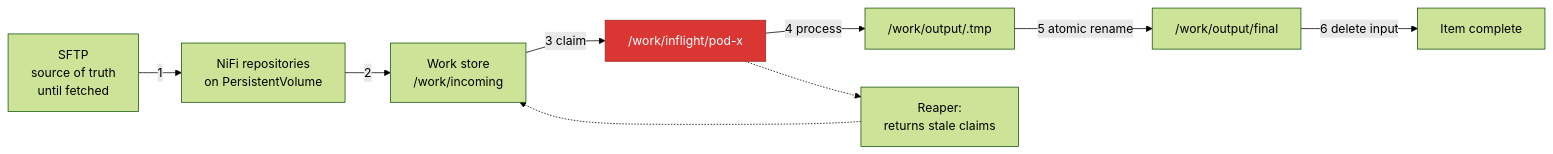
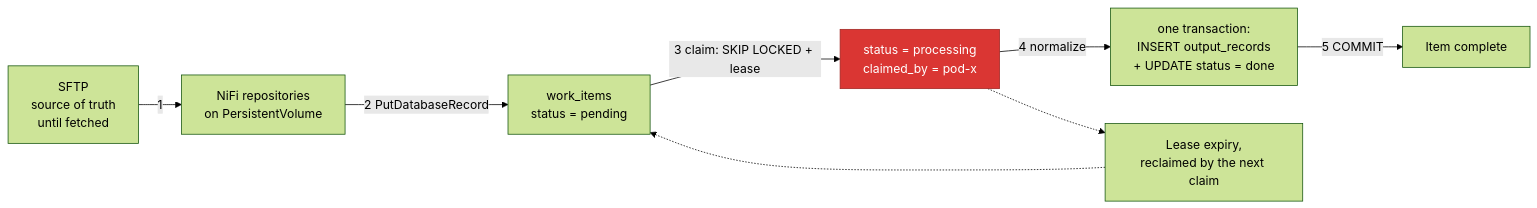
Before and after one commit to jensilin/KubeScaleSense: the second of 2 diagrams in docs/failure-scenarios.md, drawn with Mermaid (forest theme). The commit also changed other lines of this file and 6 other files, not shown here.

First line of the commit message:
docs: Phase 1 architecture closure - durable work store and open questions

````diff
--- a/docs/failure-scenarios.md
+++ b/docs/failure-scenarios.md
@@ -510,15 +561,14 @@
 ```mermaid
 flowchart LR
     S["SFTP<br/>source of truth<br/>until fetched"] -->|"1"| N["NiFi repositories<br/>on PersistentVolume"]
-    N -->|"2"| Q["Work store<br/>/work/incoming"]
-    Q -->|"3 claim"| I["/work/inflight/pod-x"]
-    I -->|"4 process"| TMP["/work/output/.tmp"]
-    TMP -->|"5 atomic rename"| OUT["/work/output/final"]
-    OUT -->|"6 delete input"| DONE["Item complete"]
+    N -->|"2 PutDatabaseRecord"| Q["work_items<br/>status = pending"]
+    Q -->|"3 claim: SKIP LOCKED + lease"| I["status = processing<br/>claimed_by = pod-x"]
+    I -->|"4 normalize"| TX["one transaction:<br/>INSERT output_records<br/>+ UPDATE status = done"]
+    TX -->|"5 COMMIT"| DONE["Item complete"]
 
-    R["Reaper:<br/>returns stale claims"] -.-> Q
-    I -.-> R
+    L["Lease expiry,<br/>reclaimed by the next claim"] -.-> Q
+    I -.-> L
 
     classDef risk fill:#da3633,color:#fff,stroke:#a02622
     class I risk
 ```
````
